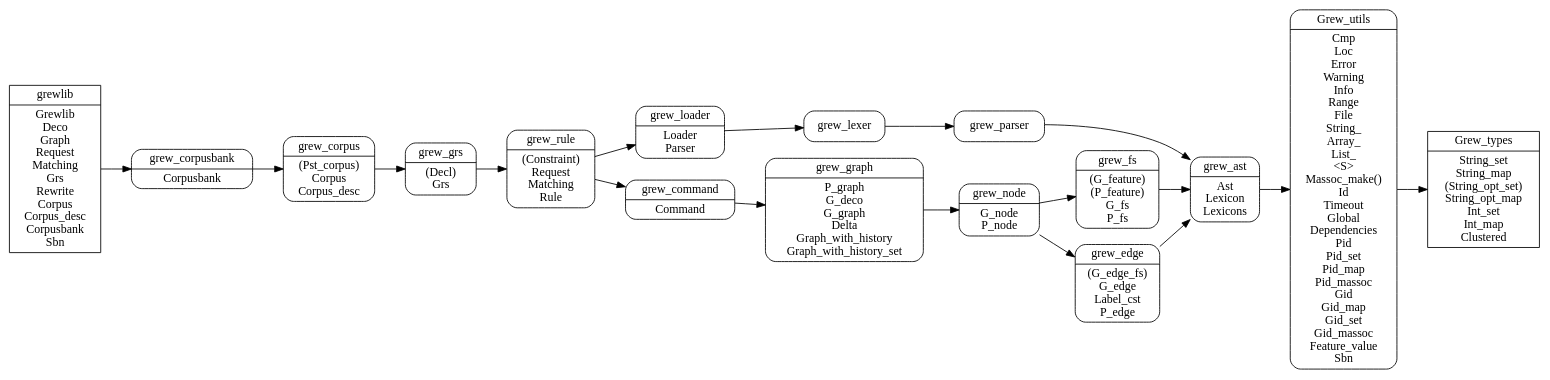
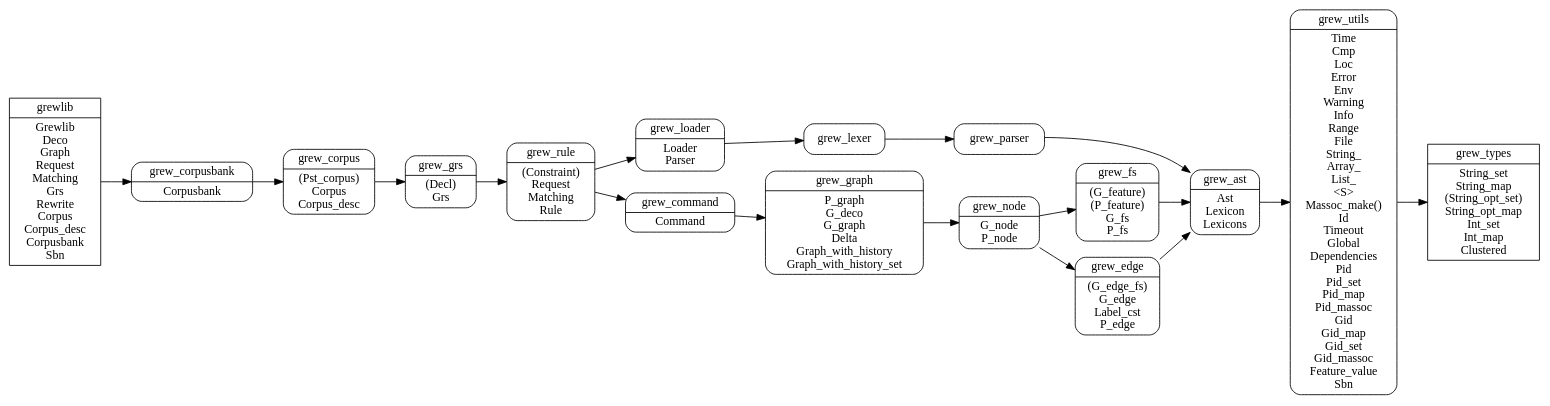
One commit to grew-nlp/grewlib changed the diagram in dev/arch.dot. Above: the diagram before and after it, drawn with Graphviz. The commit also changed 5 other files, not shown here.

```diff
--- a/dev/arch.dot
+++ b/dev/arch.dot
@@ -1,32 +1,32 @@
 digraph grew {
   node [shape=Mrecord];
   rankdir = LR;
-  Grew_types [fillcolor=yellow, shape=record, label="Grew_types|String_set\nString_map\n(String_opt_set)\nString_opt_map\nInt_set\nInt_map\nClustered"]
-  Grew_utils [label="Grew_utils|Cmp\nLoc\nError\nWarning\nInfo\nRange\nFile\nString_\nArray_\nList_\n&lt;S&gt;\nMassoc_make()\nId\nTimeout\nGlobal\nDependencies\nPid\nPid_set\nPid_map\nPid_massoc\nGid\nGid_map\nGid_set\nGid_massoc\nFeature_value\nSbn"]
+  Grew_types [fillcolor=yellow, shape=record, label="grew_types|String_set\nString_map\n(String_opt_set)\nString_opt_map\nInt_set\nInt_map\nClustered"]
+  Grew_utils [label="grew_utils|Time\nCmp\nLoc\nError\nEnv\nWarning\nInfo\nRange\nFile\nString_\nArray_\nList_\n&lt;S&gt;\nMassoc_make()\nId\nTimeout\nGlobal\nDependencies\nPid\nPid_set\nPid_map\nPid_massoc\nGid\nGid_map\nGid_set\nGid_massoc\nFeature_value\nSbn"]
   grew_ast [label="grew_ast|Ast\nLexicon\nLexicons"]
   grew_loader [label="grew_loader|Loader\nParser"]
   grew_fs [label="grew_fs|(G_feature)\n(P_feature)\nG_fs\nP_fs"]
   grew_edge [label="grew_edge|(G_edge_fs)\nG_edge\nLabel_cst\nP_edge"]
   grew_node [label="grew_node|G_node\nP_node"]
   grew_command [label="grew_command|Command"]
   grew_graph [label="grew_graph|P_graph\nG_deco\nG_graph\nDelta\nGraph_with_history\nGraph_with_history_set"]
   grew_rule [label="grew_rule|(Constraint)\nRequest\nMatching\nRule"]
   grew_grs [label="grew_grs|(Decl)\nGrs"]
   grew_corpus [label="grew_corpus|(Pst_corpus)\nCorpus\nCorpus_desc"]
   grew_corpusbank [label="grew_corpusbank|Corpusbank"]
   grewlib [fillcolor=yellow, shape=record, label="grewlib|Grewlib\nDeco\nGraph\nRequest\nMatching\nGrs\nRewrite\nCorpus\nCorpus_desc\nCorpusbank\nSbn"]
 grew_ast -> Grew_utils -> Grew_types
 grew_edge -> grew_ast
 grew_fs -> grew_ast
 grew_command -> grew_graph
 grew_node -> grew_edge
 grew_node -> grew_fs
 grew_graph -> grew_node
 grew_rule -> grew_command
 grew_grs -> grew_rule
 grew_rule -> grew_loader -> grew_lexer -> grew_parser -> grew_ast
 grew_corpus -> grew_grs
 grew_corpusbank -> grew_corpus
 grewlib -> grew_corpusbank
 
 }
```
